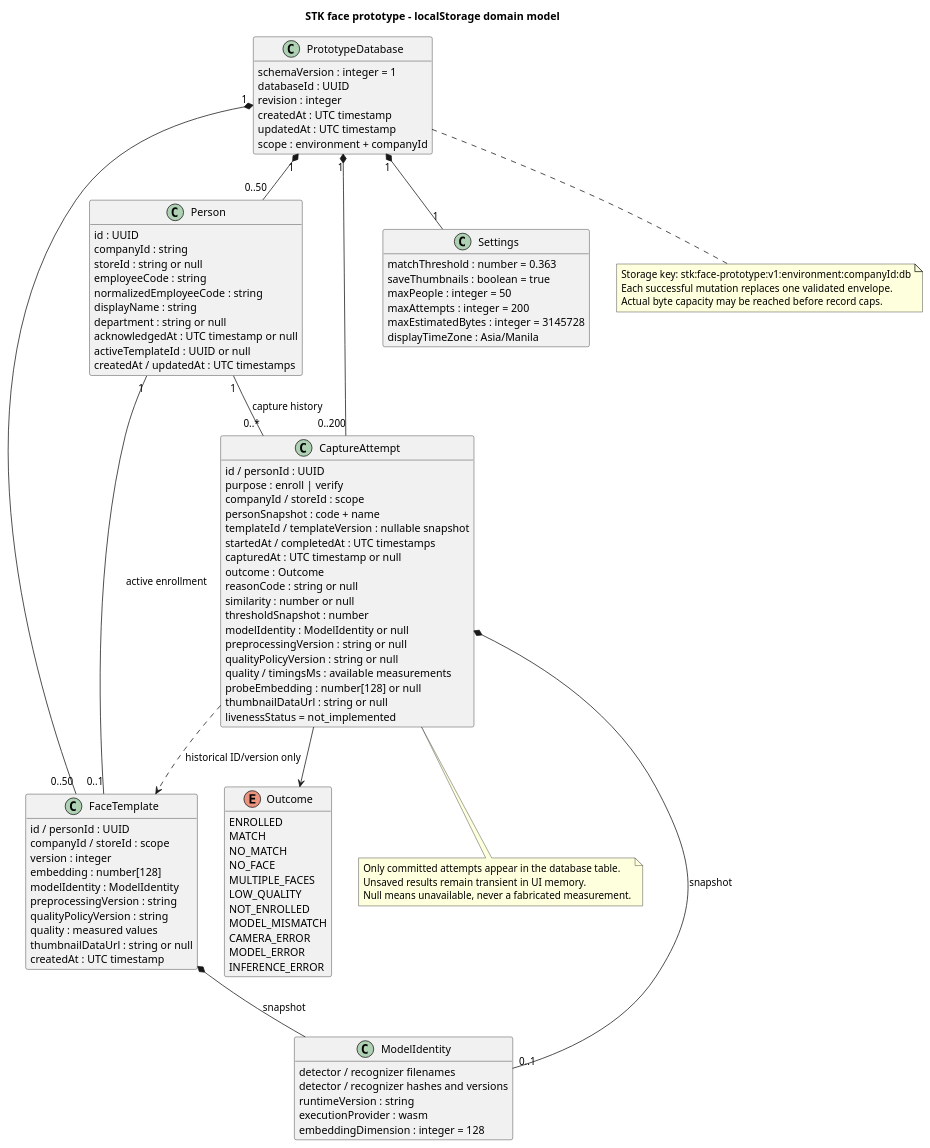
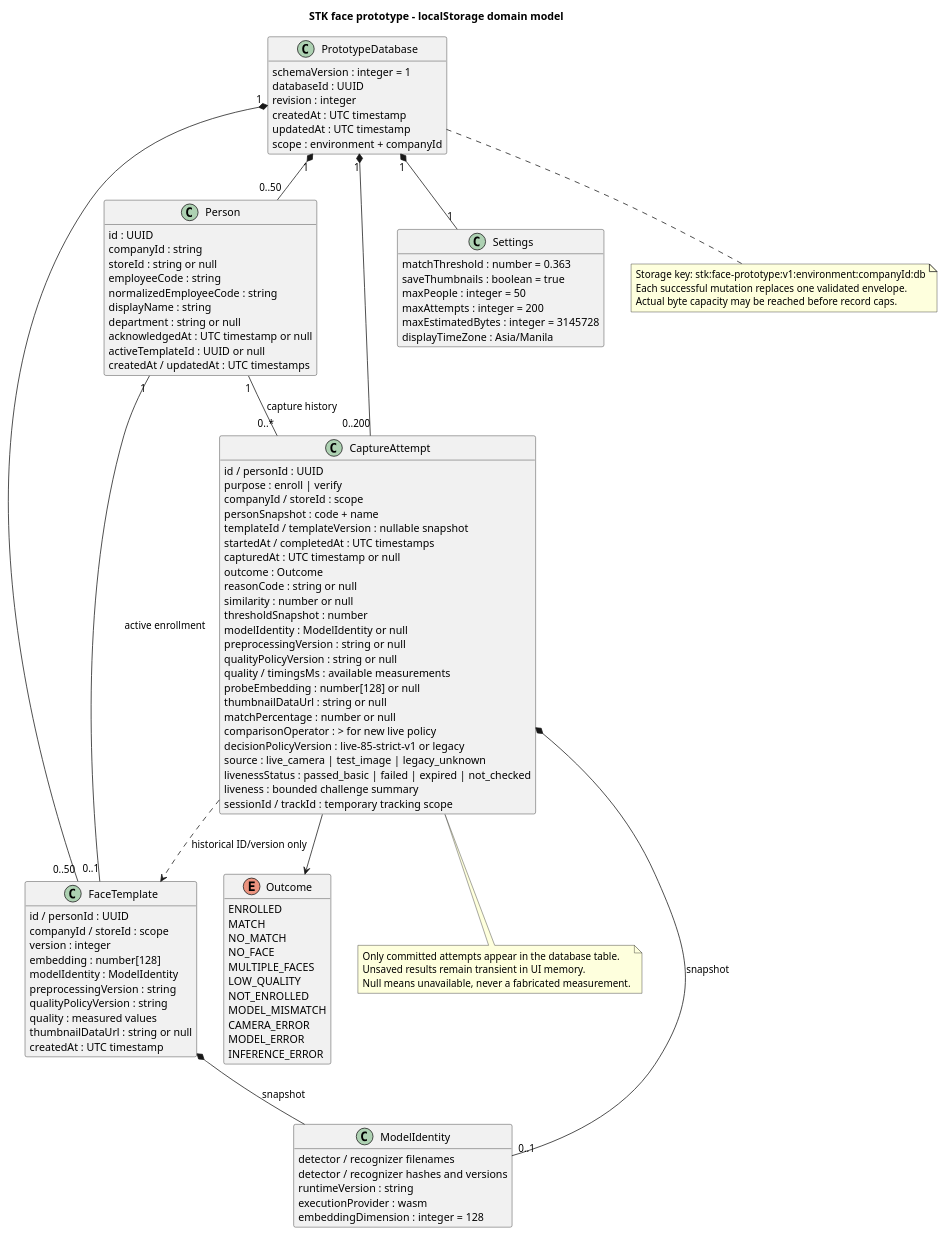
One commit to pixelDigitTony/face-recog-prototype changed the second of 7 diagrams in docs/STK_FACE_RECOGNITION_PROTOTYPE_UML.puml. Above: the diagram before and after it, drawn with PlantUML. The commit also changed other lines of this file and 54 other files, not shown here.

```diff
--- a/docs/STK_FACE_RECOGNITION_PROTOTYPE_UML.puml
+++ b/docs/STK_FACE_RECOGNITION_PROTOTYPE_UML.puml
@@ -74,116 +82,122 @@
 @startuml stk_face_prototype_domain
 title STK face prototype - localStorage domain model
 hide methods
 skinparam classAttributeIconSize 0
 skinparam shadowing false
 
 class PrototypeDatabase {
   schemaVersion : integer = 1
   databaseId : UUID
   revision : integer
   createdAt : UTC timestamp
   updatedAt : UTC timestamp
   scope : environment + companyId
 }
 
 class Person {
   id : UUID
   companyId : string
   storeId : string or null
   employeeCode : string
   normalizedEmployeeCode : string
   displayName : string
   department : string or null
   acknowledgedAt : UTC timestamp or null
   activeTemplateId : UUID or null
   createdAt / updatedAt : UTC timestamps
 }
 
 class FaceTemplate {
   id / personId : UUID
   companyId / storeId : scope
   version : integer
   embedding : number[128]
   modelIdentity : ModelIdentity
   preprocessingVersion : string
   qualityPolicyVersion : string
   quality : measured values
   thumbnailDataUrl : string or null
   createdAt : UTC timestamp
 }
 
 class CaptureAttempt {
   id / personId : UUID
   purpose : enroll | verify
   companyId / storeId : scope
   personSnapshot : code + name
   templateId / templateVersion : nullable snapshot
   startedAt / completedAt : UTC timestamps
   capturedAt : UTC timestamp or null
   outcome : Outcome
   reasonCode : string or null
   similarity : number or null
   thresholdSnapshot : number
   modelIdentity : ModelIdentity or null
   preprocessingVersion : string or null
   qualityPolicyVersion : string or null
   quality / timingsMs : available measurements
   probeEmbedding : number[128] or null
   thumbnailDataUrl : string or null
-  livenessStatus = not_implemented
+  matchPercentage : number or null
+  comparisonOperator : > for new live policy
+  decisionPolicyVersion : live-85-strict-v1 or legacy
+  source : live_camera | test_image | legacy_unknown
+  livenessStatus : passed_basic | failed | expired | not_checked
+  liveness : bounded challenge summary
+  sessionId / trackId : temporary tracking scope
 }
 
 class ModelIdentity {
   detector / recognizer filenames
   detector / recognizer hashes and versions
   runtimeVersion : string
   executionProvider : wasm
   embeddingDimension : integer = 128
 }
 
 class Settings {
   matchThreshold : number = 0.363
   saveThumbnails : boolean = true
   maxPeople : integer = 50
   maxAttempts : integer = 200
   maxEstimatedBytes : integer = 3145728
   displayTimeZone : Asia/Manila
 }
 
 enum Outcome {
   ENROLLED
   MATCH
   NO_MATCH
   NO_FACE
   MULTIPLE_FACES
   LOW_QUALITY
   NOT_ENROLLED
   MODEL_MISMATCH
   CAMERA_ERROR
   MODEL_ERROR
   INFERENCE_ERROR
 }
 
 PrototypeDatabase "1" *-- "0..50" Person
 PrototypeDatabase "1" *-- "0..50" FaceTemplate
 PrototypeDatabase "1" *-- "0..200" CaptureAttempt
 PrototypeDatabase "1" *-- "1" Settings
 Person "1" -- "0..1" FaceTemplate : active enrollment
 Person "1" -- "0..*" CaptureAttempt : capture history
 FaceTemplate *-- ModelIdentity : snapshot
 CaptureAttempt *-- "0..1" ModelIdentity : snapshot
 CaptureAttempt --> Outcome
 CaptureAttempt ..> FaceTemplate : historical ID/version only
 
 note bottom of PrototypeDatabase
   Storage key: stk:face-prototype:v1:environment:companyId:db
   Each successful mutation replaces one validated envelope.
   Actual byte capacity may be reached before record caps.
 end note
 
 note bottom of CaptureAttempt
   Only committed attempts appear in the database table.
   Unsaved results remain transient in UI memory.
   Null means unavailable, never a fabricated measurement.
 end note
 @enduml
```
